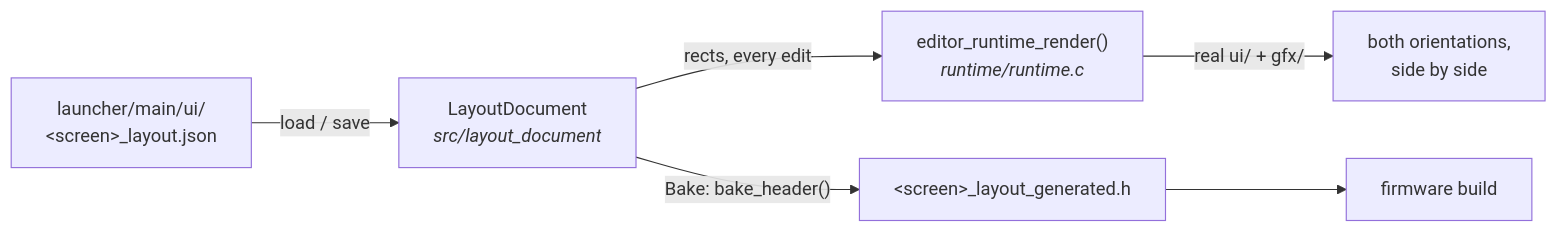
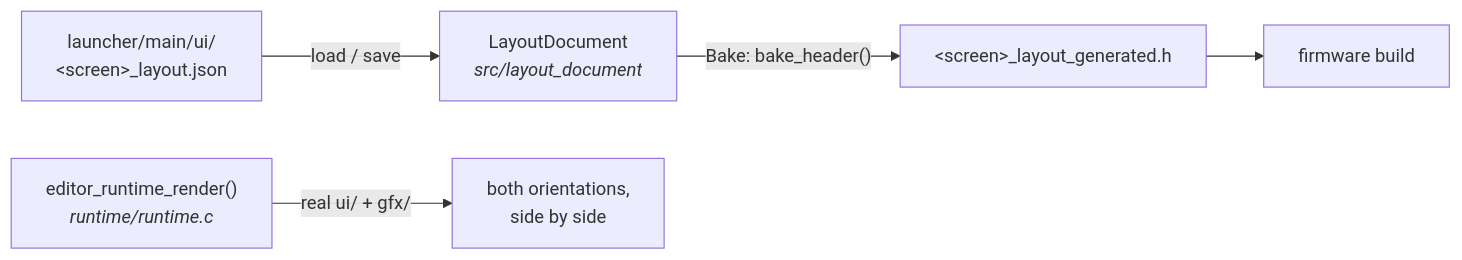
One commit to jose-villegas/autana changed the diagram in editor/README.md. Above: the diagram before and after it, drawn with Mermaid. The commit also changed other lines of this file and 6 other files, not shown here.

````diff
--- a/editor/README.md
+++ b/editor/README.md
@@ -13,8 +13,8 @@
 ```mermaid
 flowchart LR
     JSON["launcher/main/ui/<br/>&lt;screen&gt;_layout.json"] -->|load / save| DOC["LayoutDocument<br/><i>src/layout_document</i>"]
-    DOC -->|rects, every edit| RT["editor_runtime_render()<br/><i>runtime/runtime.c</i>"]
+    RT["editor_runtime_render()<br/><i>runtime/runtime.c</i>"]
     RT -->|"real ui/ + gfx/"| PREVIEW["both orientations,<br/>side by side"]
     DOC -->|"Bake: bake_header()"| HEADER["&lt;screen&gt;_layout_generated.h"]
     HEADER --> FW["firmware build"]
 ```
````
